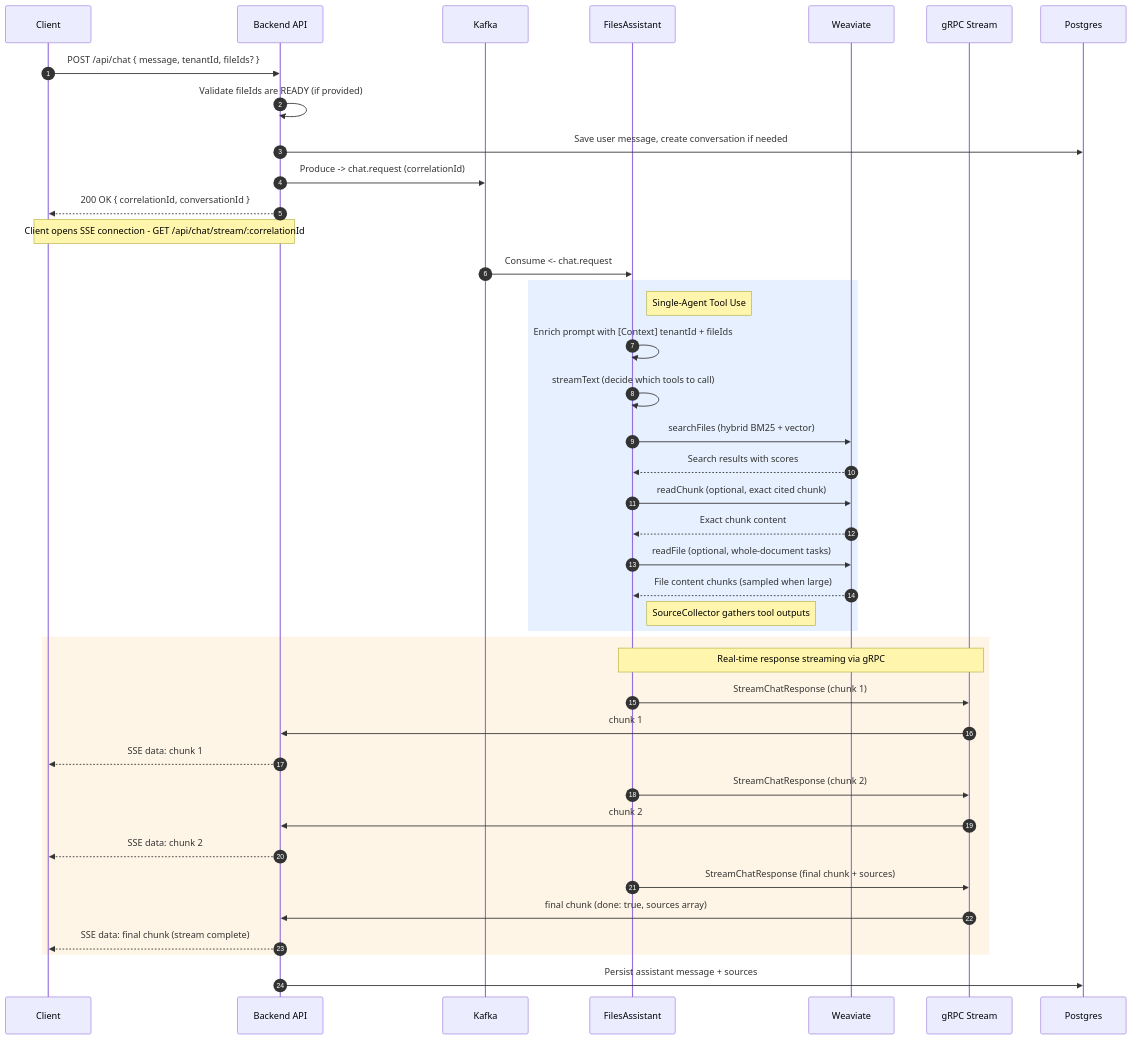
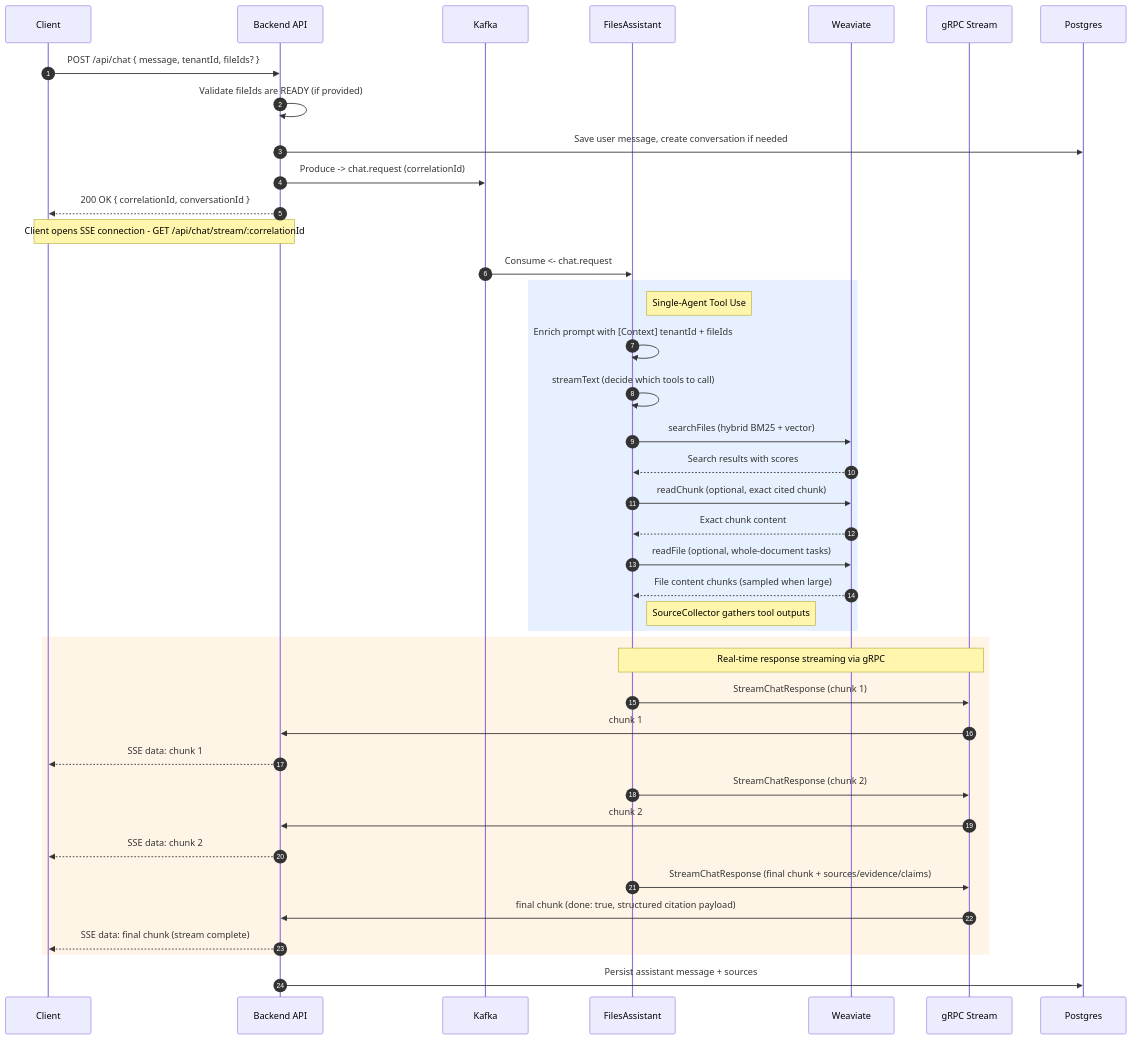
The third of 6 diagrams in docs/scenarios.md (JackTran15/files-assistant-system), drawn with Mermaid before and after one commit. The commit also changed other lines of this file and 20 other files, not shown here.

````diff
--- a/docs/scenarios.md
+++ b/docs/scenarios.md
@@ -145,51 +145,51 @@
 ```mermaid
 sequenceDiagram
     autonumber
     participant Client
     participant Backend as Backend API
     participant Kafka
     participant Agent as FilesAssistant
     participant Weaviate
     participant gRPC as gRPC Stream
     participant Postgres
 
     Client->>Backend: POST /api/chat { message, tenantId, fileIds? }
     Backend->>Backend: Validate fileIds are READY (if provided)
     Backend->>Postgres: Save user message, create conversation if needed
     Backend->>Kafka: Produce -> chat.request (correlationId)
     Backend-->>Client: 200 OK { correlationId, conversationId }
 
     Note over Client,Backend: Client opens SSE connection - GET /api/chat/stream/:correlationId
 
     Kafka->>Agent: Consume <- chat.request
 
     rect rgb(230, 240, 255)
         Note right of Agent: Single-Agent Tool Use
         Agent->>Agent: Enrich prompt with [Context] tenantId + fileIds
         Agent->>Agent: streamText (decide which tools to call)
         Agent->>Weaviate: searchFiles (hybrid BM25 + vector)
         Weaviate-->>Agent: Search results with scores
         Agent->>Weaviate: readChunk (optional, exact cited chunk)
         Weaviate-->>Agent: Exact chunk content
         Agent->>Weaviate: readFile (optional, whole-document tasks)
         Weaviate-->>Agent: File content chunks (sampled when large)
         Note right of Agent: SourceCollector gathers tool outputs
     end
 
     rect rgb(255, 245, 230)
         Note over Agent,gRPC: Real-time response streaming via gRPC
         Agent->>gRPC: StreamChatResponse (chunk 1)
         gRPC->>Backend: chunk 1
         Backend-->>Client: SSE data: chunk 1
 
         Agent->>gRPC: StreamChatResponse (chunk 2)
         gRPC->>Backend: chunk 2
         Backend-->>Client: SSE data: chunk 2
 
-        Agent->>gRPC: StreamChatResponse (final chunk + sources)
-        gRPC->>Backend: final chunk (done: true, sources array)
+        Agent->>gRPC: StreamChatResponse (final chunk + sources/evidence/claims)
+        gRPC->>Backend: final chunk (done: true, structured citation payload)
         Backend-->>Client: SSE data: final chunk (stream complete)
     end
 
     Backend->>Postgres: Persist assistant message + sources
 ```
````
